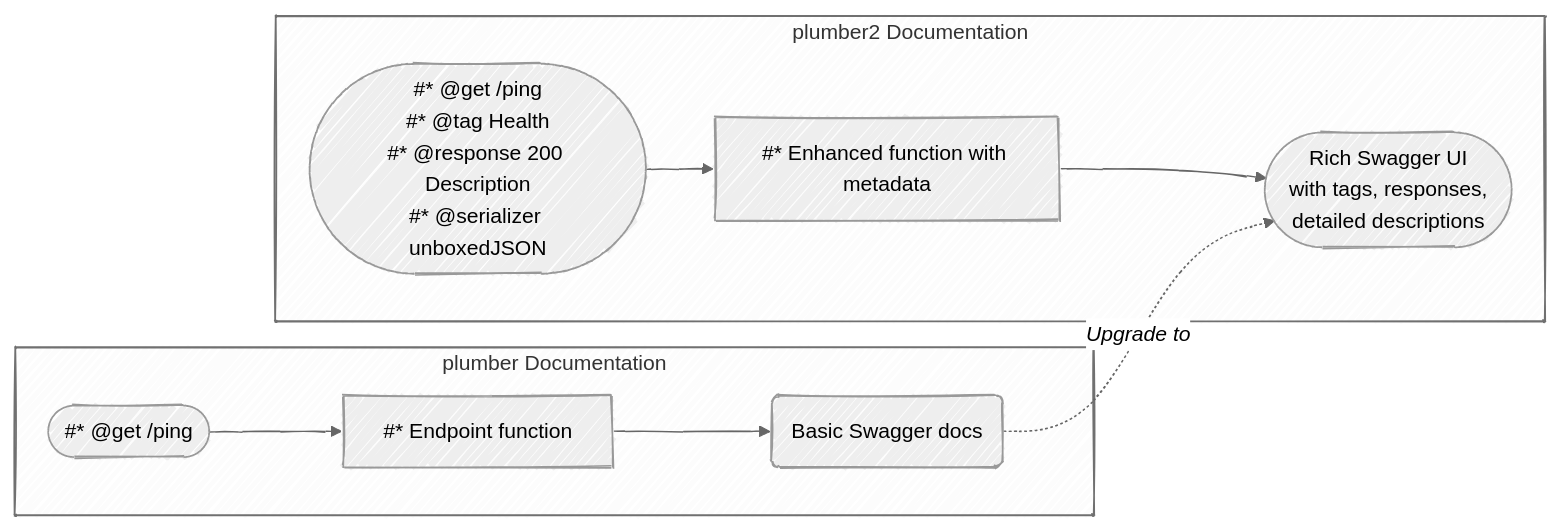
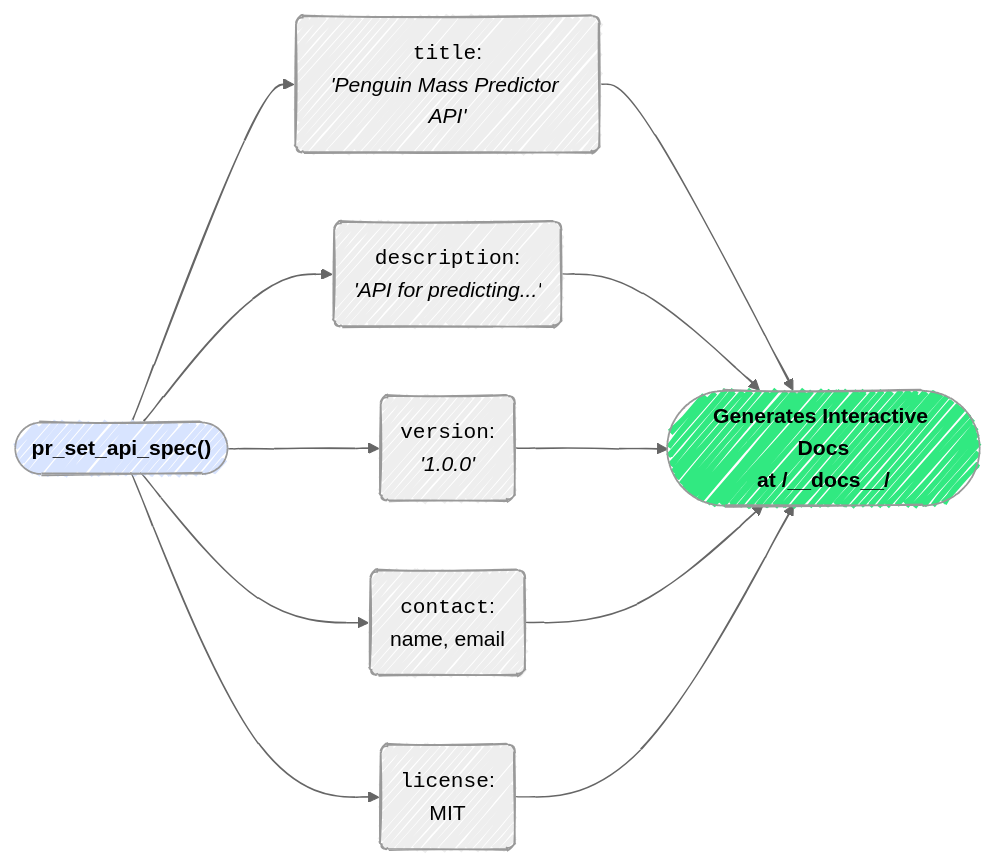
The sixth of 7 diagrams in plumber2.qmd (mjfrigaard/do4ds-labs), drawn with Mermaid before and after one commit. The commit also changed other lines of this file and 24 other files, not shown here.

````diff
--- a/plumber2.qmd
+++ b/plumber2.qmd
@@ -31,24 +1222,21 @@
 ```{mermaid}
+%%| fig-width: 7.0
+%%| fig-align: center
 %%{init: {'theme': 'neutral', 'look': 'handDrawn', 'themeVariables': { 'fontFamily': 'monospace'}}}%%
 
 graph LR
-    subgraph "plumber Documentation"
-        A1(["#* @get /ping"])
-        A2[#* Endpoint function]
-        A3("Basic Swagger docs")
-    end
     
-    subgraph "plumber2 Documentation"
-        B1(["#* @get /ping<br/>#* @tag Health<br/>#* @response 200 Description<br/>#* @serializer unboxedJSON"])
-        B2[#* Enhanced function with metadata]
-        B3(["Rich Swagger UI<br/>with tags, responses,<br/>detailed descriptions"])
-    end
+    Function(["<strong>pr_set_api_spec()</strong>"])
     
-    A1 --> A2
-    A2 --> A3
+    Function --> Title("<code>title</code>:<br/><em>'Penguin Mass Predictor API'</em>")
+    Function --> Desc("<code>description</code>:<br/><em>'API for predicting...'</em>")
+    Function --> Version("<code>version</code>:<br/><em>'1.0.0'</em>")
+    Function --> Contact("<code>contact</code>:<br/>name, email")
+    Function --> License("<code>license</code>:<br/>MIT")
     
-    B1 --> B2
-    B2 --> B3
+    Title & Desc & Version & Contact & License --> Swagger(["<strong>Generates Interactive Docs<br/>at /__docs__/</strong>"])
     
-    A3 -.->|"<em>Upgrade to</em>"| B3
+    style Function fill:#d8e4ff
+    style Swagger fill:#31e981
+    
 ```
````
